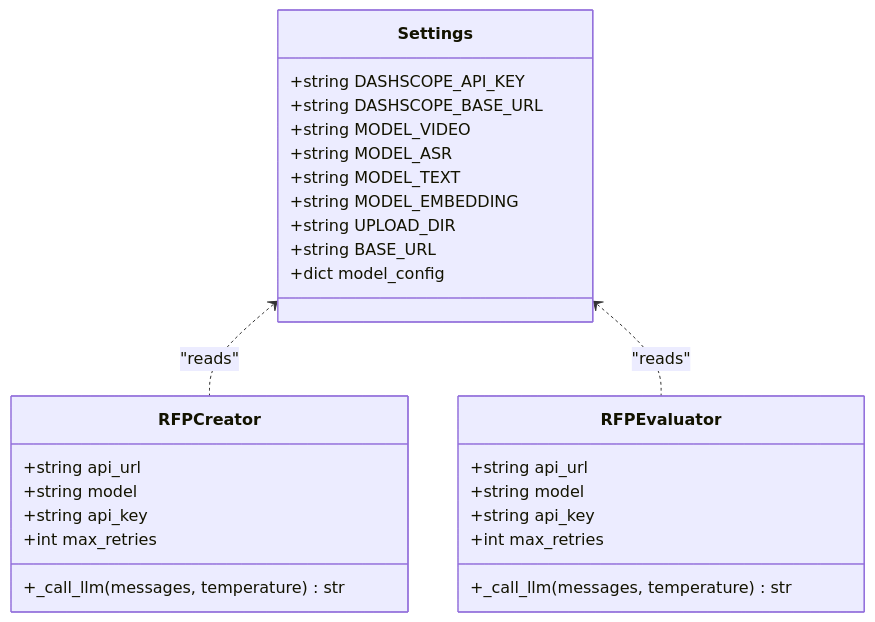
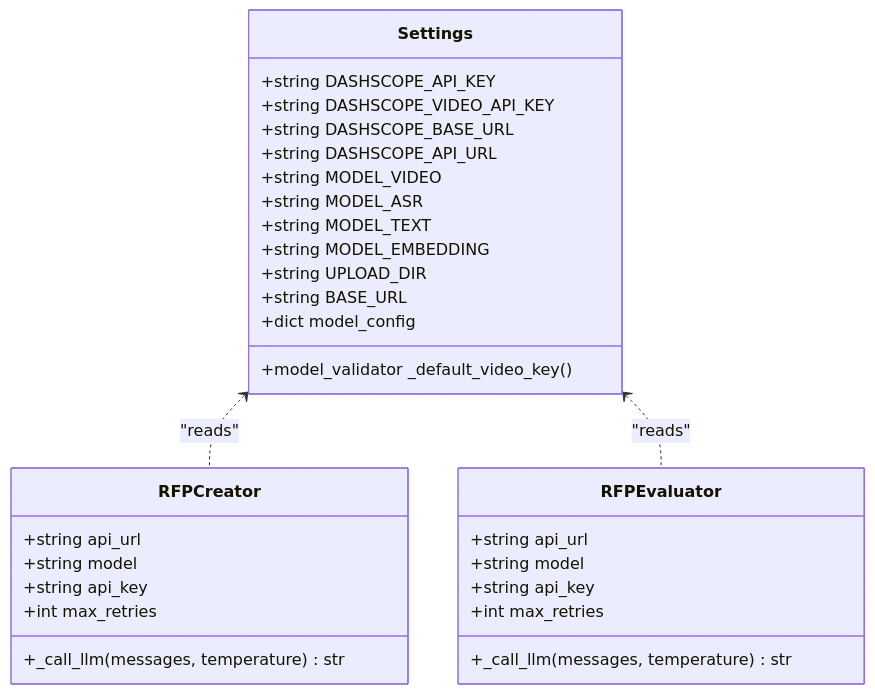
One commit to alexandreybasta-cyber/dubai-media-ai changed the fourth of 8 diagrams in .qoder/repowiki/en/content/Configuration and Environment.md. Above: the diagram before and after it, drawn with Mermaid. The commit also changed other lines of this file and 25 other files, not shown here.

````diff
--- a/.qoder/repowiki/en/content/Configuration and Environment.md
+++ b/.qoder/repowiki/en/content/Configuration and Environment.md
@@ -147,30 +203,33 @@
 ```mermaid
 classDiagram
 class Settings {
 +string DASHSCOPE_API_KEY
++string DASHSCOPE_VIDEO_API_KEY
 +string DASHSCOPE_BASE_URL
++string DASHSCOPE_API_URL
 +string MODEL_VIDEO
 +string MODEL_ASR
 +string MODEL_TEXT
 +string MODEL_EMBEDDING
 +string UPLOAD_DIR
 +string BASE_URL
 +dict model_config
++model_validator _default_video_key()
 }
 class RFPCreator {
 +string api_url
 +string model
 +string api_key
 +int max_retries
 +_call_llm(messages, temperature) str
 }
 class RFPEvaluator {
 +string api_url
 +string model
 +string api_key
 +int max_retries
 +_call_llm(messages, temperature) str
 }
 Settings <.. RFPCreator : "reads"
 Settings <.. RFPEvaluator : "reads"
 ```
````
